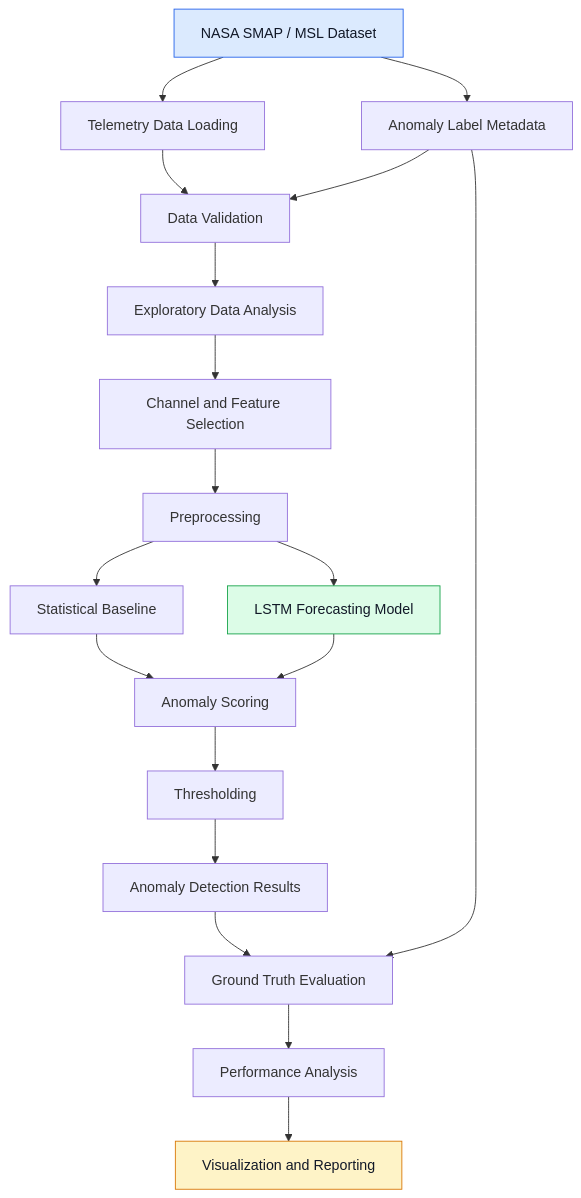
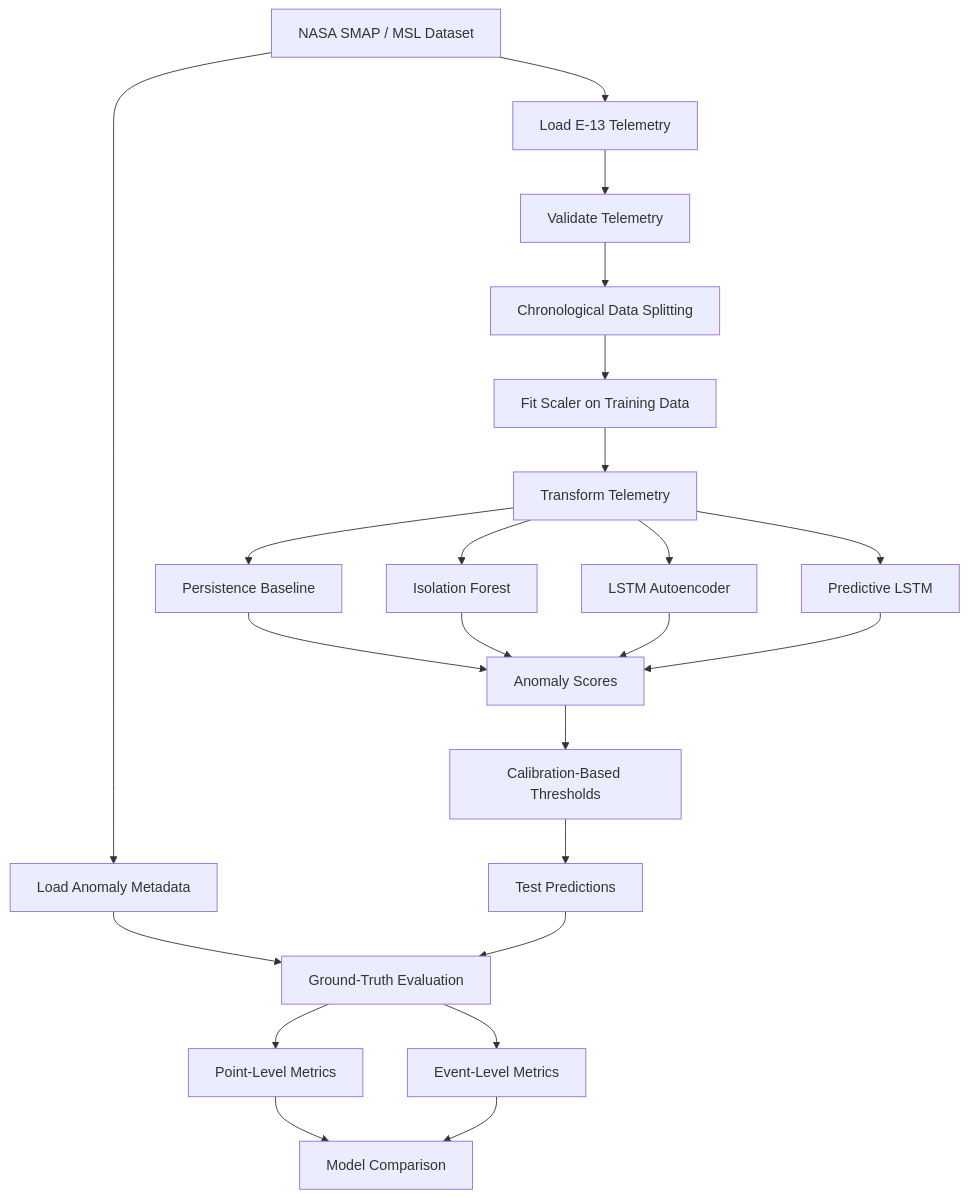
One commit to Debankumardas/Spacecraft-Anomaly-Detection changed the first of 2 diagrams in README.md. Above: the diagram before and after it, drawn with Mermaid. The commit also changed other lines of this file and 8 other files, not shown here.

Commit message:
Add LSTM anomaly detection experiments and documentation

````diff
--- a/README.md
+++ b/README.md
@@ -141,31 +142,33 @@
 ```mermaid
 flowchart TD
-    A["NASA SMAP / MSL Dataset"] --> B["Telemetry Data Loading"]
-    A --> C["Anomaly Label Metadata"]
+    A["NASA SMAP / MSL Dataset"] --> B["Load E-13 Telemetry"]
+    A --> C["Load Anomaly Metadata"]
 
-    B --> D["Data Validation"]
-    C --> D
+    B --> D["Validate Telemetry"]
+    D --> E["Chronological Data Splitting"]
 
-    D --> E["Exploratory Data Analysis"]
-    E --> F["Channel and Feature Selection"]
-    F --> G["Preprocessing"]
+    E --> F["Fit Scaler on Training Data"]
+    F --> G["Transform Telemetry"]
 
-    G --> H["Statistical Baseline"]
-    G --> I["LSTM Forecasting Model"]
+    G --> H["Persistence Baseline"]
+    G --> I["Isolation Forest"]
+    G --> J["LSTM Autoencoder"]
+    G --> K["Predictive LSTM"]
 
-    H --> J["Anomaly Scoring"]
-    I --> J
+    H --> L["Anomaly Scores"]
+    I --> L
+    J --> L
+    K --> L
 
-    J --> K["Thresholding"]
-    K --> L["Anomaly Detection Results"]
+    L --> M["Calibration-Based Thresholds"]
+    M --> N["Test Predictions"]
 
-    C --> M["Ground Truth Evaluation"]
-    L --> M
+    C --> O["Ground-Truth Evaluation"]
+    N --> O
 
-    M --> N["Performance Analysis"]
-    N --> O["Visualization and Reporting"]
+    O --> P["Point-Level Metrics"]
+    O --> Q["Event-Level Metrics"]
 
-    style A fill:#dbeafe,stroke:#2563eb,color:#111827
-    style I fill:#dcfce7,stroke:#16a34a,color:#111827
-    style O fill:#fef3c7,stroke:#d97706,color:#111827
+    P --> R["Model Comparison"]
+    Q --> R
 ```
````
